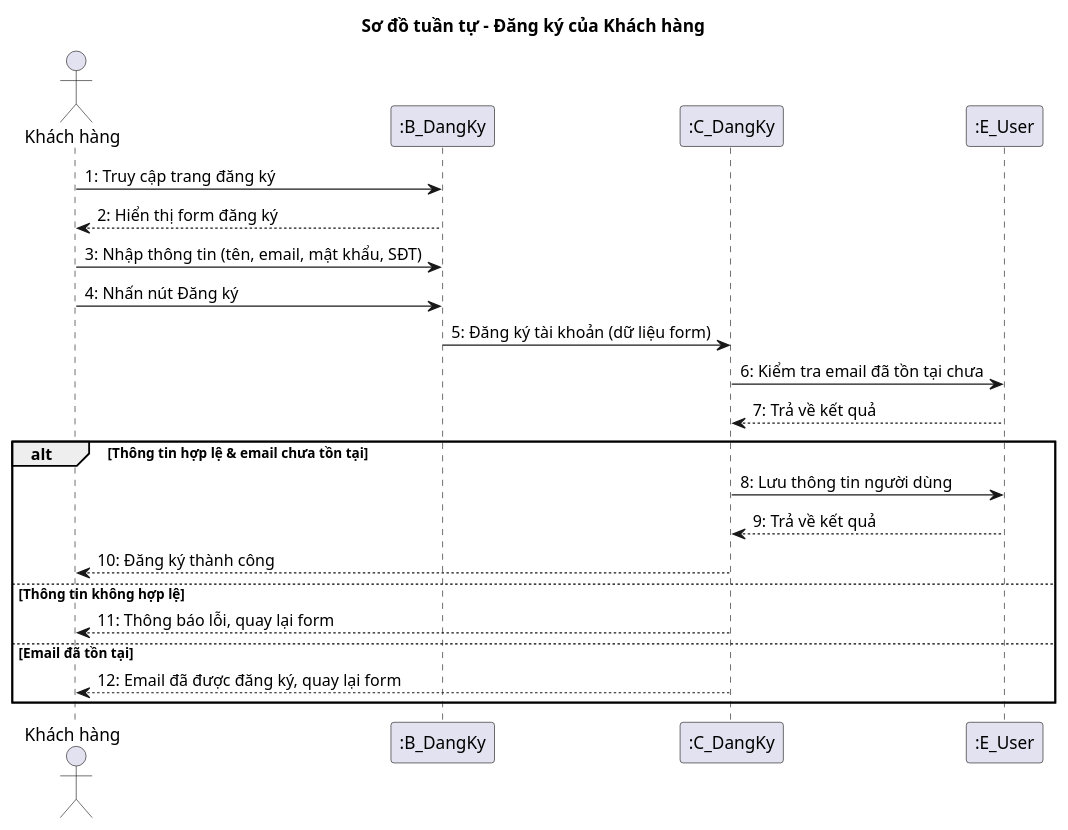
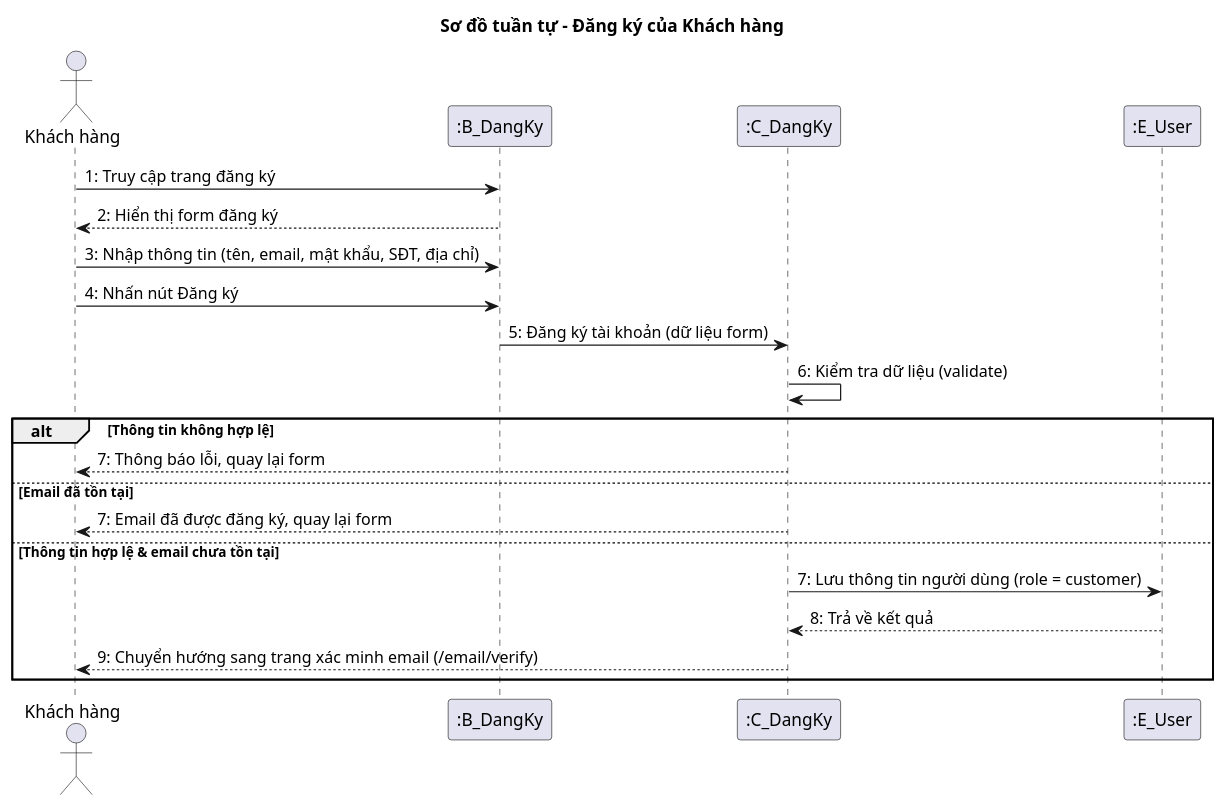
Before and after one commit to thien258/luanvantotnghiep: the diagram in app/Http/doc/sequence/01-dang-ky.puml, drawn with PlantUML. The commit also changed 59 other files, not shown here.

```diff
--- a/app/Http/doc/sequence/01-dang-ky.puml
+++ b/app/Http/doc/sequence/01-dang-ky.puml
@@ -1,26 +1,25 @@
 @startuml
 title Sơ đồ tuần tự - Đăng ký của Khách hàng
 
 actor "Khách hàng" as KH
 participant ":B_DangKy" as B
 participant ":C_DangKy" as C
 participant ":E_User" as E
 
 KH -> B : 1: Truy cập trang đăng ký
 B --> KH : 2: Hiển thị form đăng ký
-KH -> B : 3: Nhập thông tin (tên, email, mật khẩu, SĐT)
+KH -> B : 3: Nhập thông tin (tên, email, mật khẩu, SĐT, địa chỉ)
 KH -> B : 4: Nhấn nút Đăng ký
 B -> C : 5: Đăng ký tài khoản (dữ liệu form)
-C -> E : 6: Kiểm tra email đã tồn tại chưa
-E --> C : 7: Trả về kết quả
+C -> C : 6: Kiểm tra dữ liệu (validate)
 
-alt Thông tin hợp lệ & email chưa tồn tại
-    C -> E : 8: Lưu thông tin người dùng
-    E --> C : 9: Trả về kết quả
-    C --> KH : 10: Đăng ký thành công
-else Thông tin không hợp lệ
-    C --> KH : 11: Thông báo lỗi, quay lại form
+alt Thông tin không hợp lệ
+    C --> KH : 7: Thông báo lỗi, quay lại form
 else Email đã tồn tại
-    C --> KH : 12: Email đã được đăng ký, quay lại form
+    C --> KH : 7: Email đã được đăng ký, quay lại form
+else Thông tin hợp lệ & email chưa tồn tại
+    C -> E : 7: Lưu thông tin người dùng (role = customer)
+    E --> C : 8: Trả về kết quả
+    C --> KH : 9: Chuyển hướng sang trang xác minh email (/email/verify)
 end
 @enduml
```
